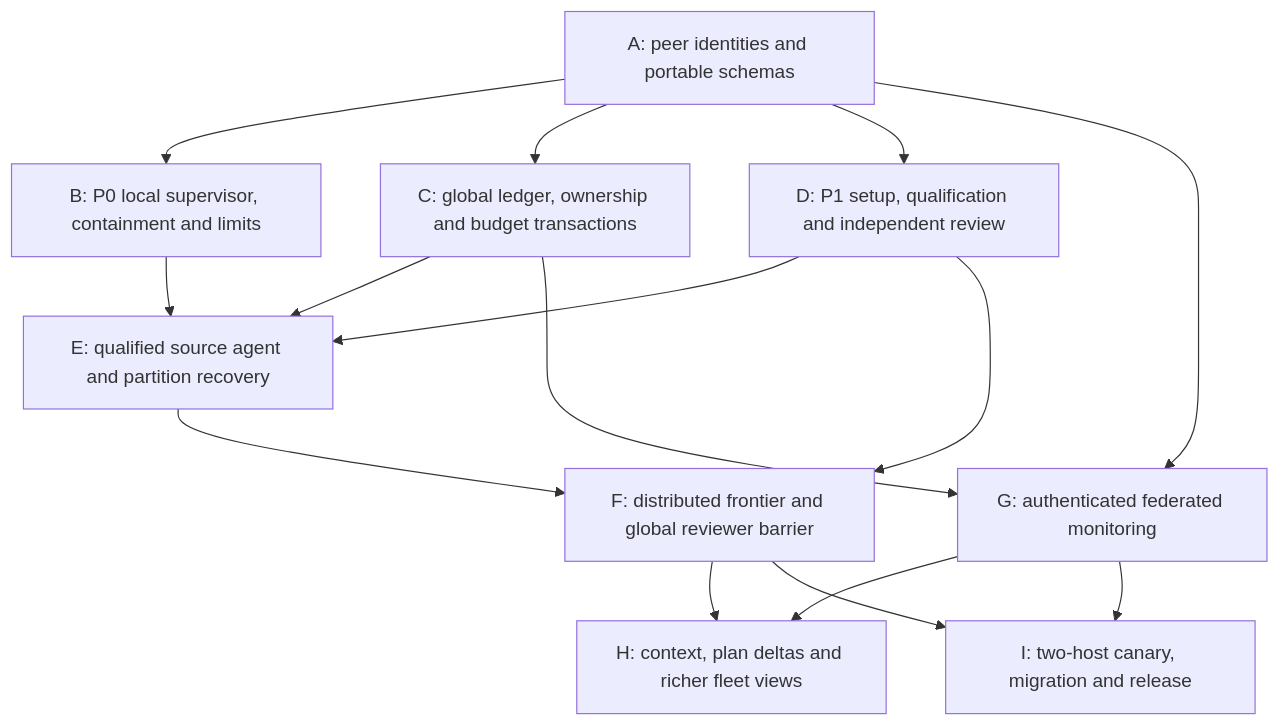
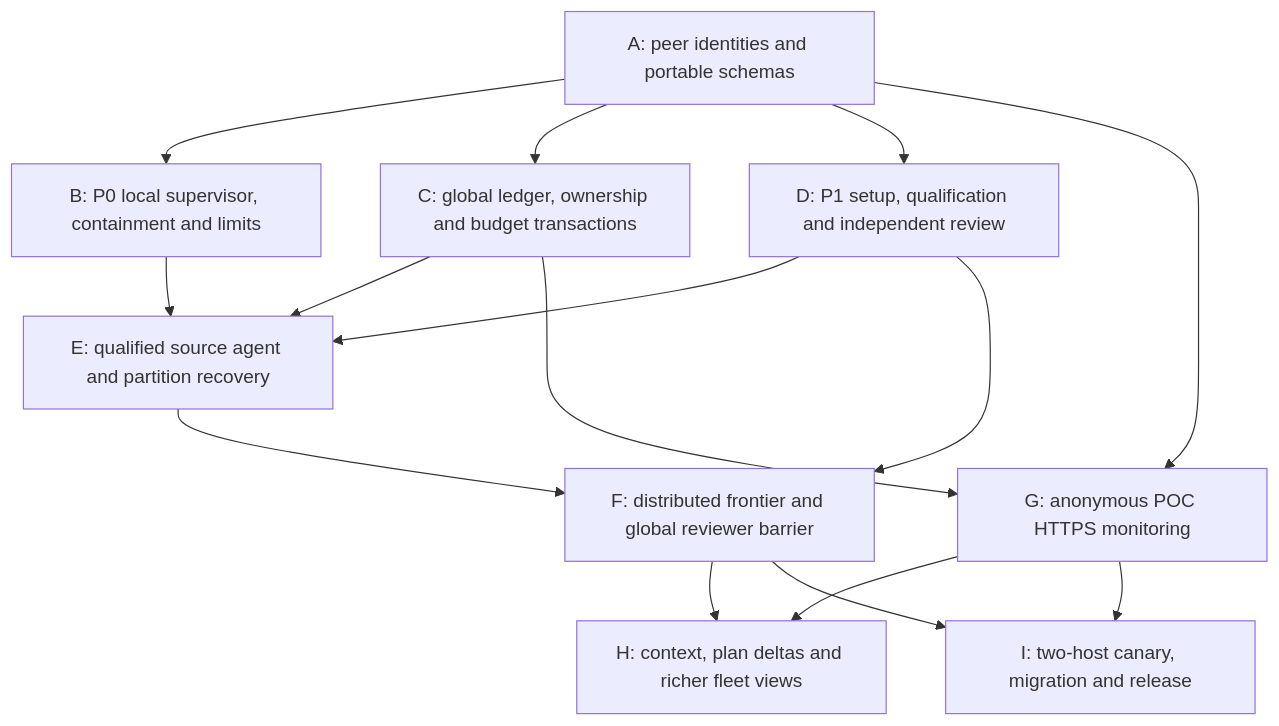
One commit to hotneutron/autoresearch changed the seventh of 7 diagrams in .plan/261028-1205-host-review-dashboard-over-https.md. Above: the diagram before and after it, drawn with Mermaid. The commit also changed other lines of this file and 62 other files, not shown here.

````diff
--- a/.plan/261028-1205-host-review-dashboard-over-https.md
+++ b/.plan/261028-1205-host-review-dashboard-over-https.md
@@ -615,26 +657,26 @@
 ```mermaid
 flowchart TD
     A["A: peer identities and portable schemas"]
     B["B: P0 local supervisor, containment and limits"]
     C["C: global ledger, ownership and budget transactions"]
     D["D: P1 setup, qualification and independent review"]
     E["E: qualified source agent and partition recovery"]
     F["F: distributed frontier and global reviewer barrier"]
-    MON["G: authenticated federated monitoring"]
+    MON["G: anonymous POC HTTPS monitoring"]
     P2["H: context, plan deltas and richer fleet views"]
     REL["I: two-host canary, migration and release"]
     A --> B
     A --> C
     A --> D
     B --> E
     C --> E
     D --> E
     E --> F
     D --> F
     A --> MON
     C --> MON
     F --> P2
     MON --> P2
     F --> REL
     MON --> REL
 ```
````
